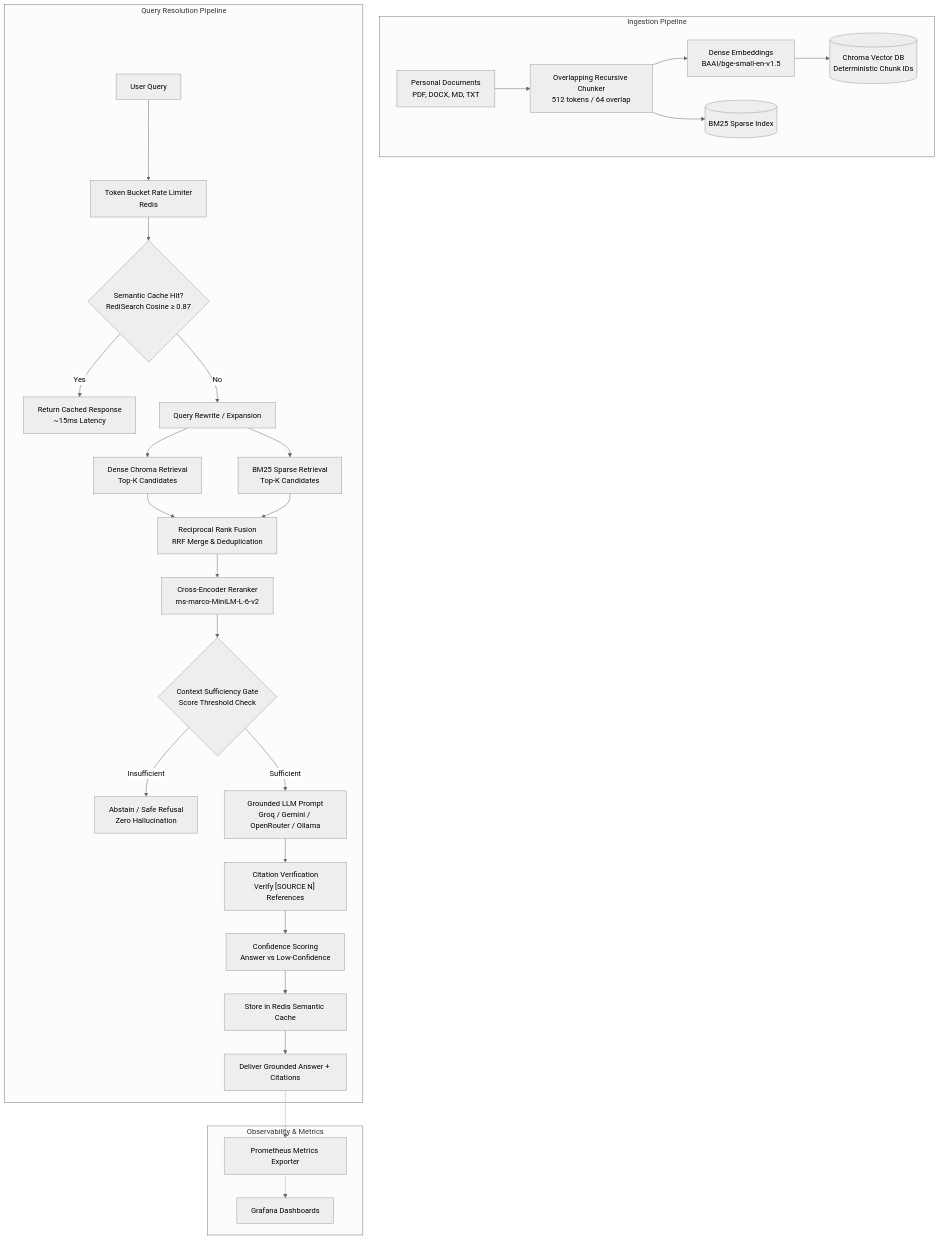
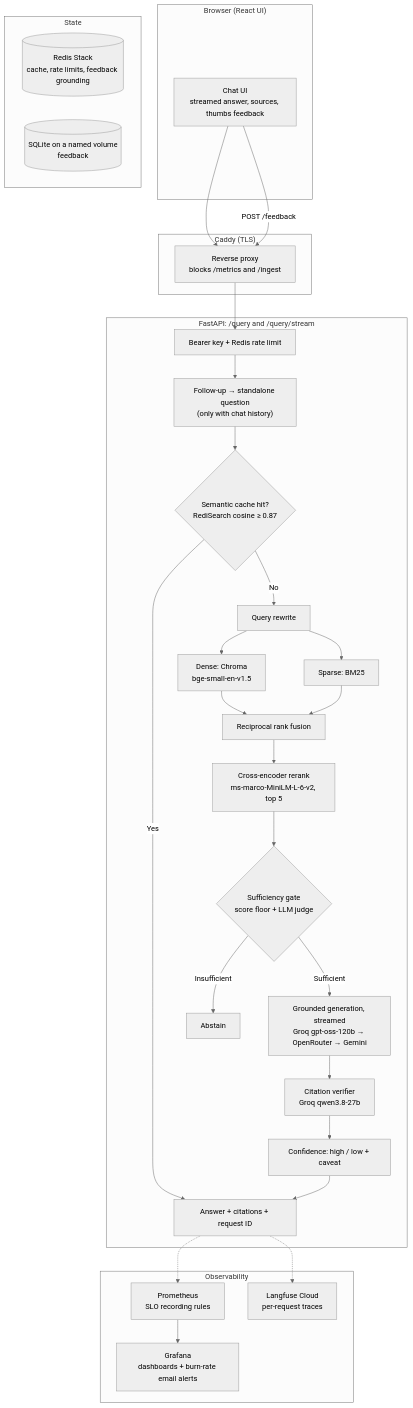
One commit to yashbhosale789/Personal-Knowledge-RAG changed the diagram in README.md. Above: the diagram before and after it, drawn with Mermaid (neutral theme). The commit also changed other lines of this file, not shown here.

````diff
--- a/README.md
+++ b/README.md
@@ -19,36 +23,42 @@
 ```mermaid
 flowchart TD
-    subgraph Ingestion ["Ingestion Pipeline"]
-        Doc["Personal Documents<br/>PDF, DOCX, MD, TXT"] --> Chunker["Overlapping Recursive Chunker<br/>512 tokens / 64 overlap"]
-        Chunker --> Embedder["Dense Embeddings<br/>BAAI/bge-small-en-v1.5"]
-        Embedder --> Chroma[("Chroma Vector DB<br/>Deterministic Chunk IDs")]
-        Chunker --> BM25Index[("BM25 Sparse Index")]
+    subgraph Client ["Browser (React UI)"]
+        UI["Chat UI<br/>streamed answer, sources, thumbs feedback"]
     end
 
-    subgraph Query ["Query Resolution Pipeline"]
-        UserQuery["User Query"] --> RateLimit["Token Bucket Rate Limiter<br/>Redis"]
-        RateLimit --> CacheCheck{"Semantic Cache Hit?<br/>RediSearch Cosine ≥ 0.87"}
-        CacheCheck -- Yes --> CachedResp["Return Cached Response<br/>~15ms Latency"]
-        CacheCheck -- No --> Rewriter["Query Rewrite / Expansion"]
-    
-        Rewriter --> DenseSearch["Dense Chroma Retrieval<br/>Top-K Candidates"]
-        Rewriter --> SparseSearch["BM25 Sparse Retrieval<br/>Top-K Candidates"]
-    
-        DenseSearch & SparseSearch --> RRF["Reciprocal Rank Fusion<br/>RRF Merge & Deduplication"]
-        RRF --> Reranker["Cross-Encoder Reranker<br/>ms-marco-MiniLM-L-6-v2"]
-    
-        Reranker --> SufficiencyGate{"Context Sufficiency Gate<br/>Score Threshold Check"}
-        SufficiencyGate -- Insufficient --> Abstain["Abstain / Safe Refusal<br/>Zero Hallucination"]
-        SufficiencyGate -- Sufficient --> LLM["Grounded LLM Prompt<br/>Groq / Gemini / OpenRouter / Ollama"]
-    
-        LLM --> CitationGate["Citation Verification<br/>Verify [SOURCE N] References"]
-        CitationGate --> ConfidenceEngine["Confidence Scoring<br/>Answer vs Low-Confidence"]
-        ConfidenceEngine --> StoreCache["Store in Redis Semantic Cache"]
-        StoreCache --> FinalAnswer["Deliver Grounded Answer + Citations"]
+    subgraph Edge ["Caddy (TLS)"]
+        Caddy["Reverse proxy<br/>blocks /metrics and /ingest"]
     end
 
-    subgraph Telemetry ["Observability & Metrics"]
-        FinalAnswer -.-> Metrics["Prometheus Metrics Exporter"]
-        Metrics -.-> Grafana["Grafana Dashboards"]
+    subgraph Query ["FastAPI: /query and /query/stream"]
+        Auth["Bearer key + Redis rate limit"] --> Condense["Follow-up → standalone question<br/>(only with chat history)"]
+        Condense --> Cache{"Semantic cache hit?<br/>RediSearch cosine ≥ 0.87"}
+        Cache -- Yes --> Final["Answer + citations + request ID"]
+        Cache -- No --> Rewrite["Query rewrite"]
+        Rewrite --> Dense["Dense: Chroma<br/>bge-small-en-v1.5"]
+        Rewrite --> Sparse["Sparse: BM25"]
+        Dense & Sparse --> RRF["Reciprocal rank fusion"]
+        RRF --> Rerank["Cross-encoder rerank<br/>ms-marco-MiniLM-L-6-v2, top 5"]
+        Rerank --> Suff{"Sufficiency gate<br/>score floor + LLM judge"}
+        Suff -- Insufficient --> Abstain["Abstain"]
+        Suff -- Sufficient --> Gen["Grounded generation, streamed<br/>Groq gpt-oss-120b → OpenRouter → Gemini"]
+        Gen --> Verify["Citation verifier<br/>Groq qwen3.8-27b"]
+        Verify --> Conf["Confidence: high / low + caveat"]
+        Conf --> Final
     end
+
+    subgraph Stores ["State"]
+        Redis[("Redis Stack<br/>cache, rate limits, feedback grounding")]
+        SQLite[("SQLite on a named volume<br/>feedback")]
+    end
+
+    subgraph Telemetry ["Observability"]
+        Prom["Prometheus<br/>SLO recording rules"] --> Graf["Grafana<br/>dashboards + burn-rate email alerts"]
+        Langfuse["Langfuse Cloud<br/>per-request traces"]
+    end
+
+    UI --> Caddy --> Auth
+    UI -- "POST /feedback" --> Caddy
+    Final -.-> Prom
+    Final -.-> Langfuse
 ```
````
